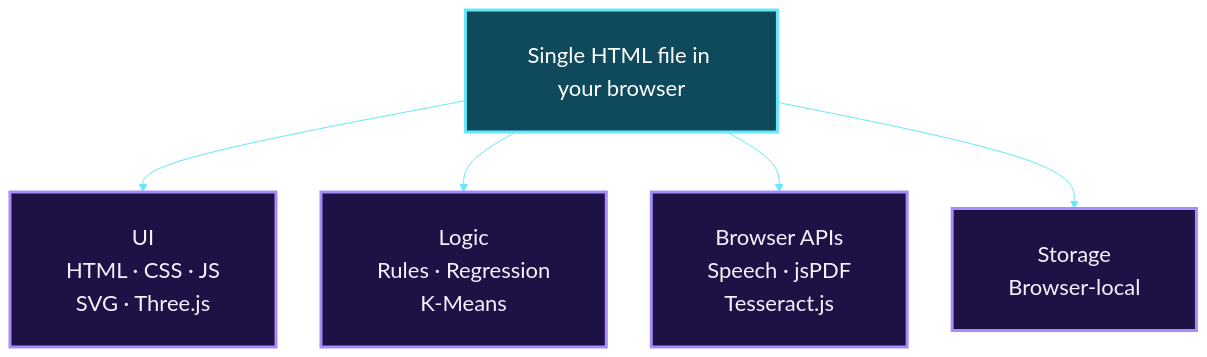
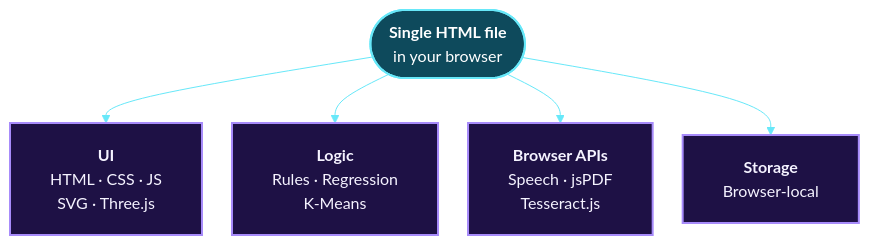
One commit to Mansi232323/MANSHORA changed diagram 12 of 13 in README.md. Above: the diagram before and after it, drawn with Mermaid. The commit also changed other lines of this file, not shown here.

````diff
--- a/README.md
+++ b/README.md
@@ -489,13 +470,13 @@
 ```mermaid
-%%{init: {'theme':'base','themeVariables':{'fontSize':'22px','fontFamily':'Arial, Helvetica, sans-serif','lineColor':'#67e8f9','clusterBkg':'#0f0f2b','clusterBorder':'#a78bfa','titleColor':'#e9d5ff','edgeLabelBackground':'#0f0f2b'},'flowchart':{'nodeSpacing':45,'rankSpacing':60,'padding':28,'htmlLabels':false,'useMaxWidth':true}}}%%
+%%{init: {'theme':'base','themeVariables':{'fontSize':'16px','fontFamily':'Arial, Helvetica, sans-serif','lineColor':'#67e8f9'},'flowchart':{'htmlLabels':true,'nodeSpacing':30,'rankSpacing':45,'padding':20,'wrappingWidth':260}}}%%
 flowchart TB
-    B["Single HTML file in your browser"]
-    B --> U["UI<br/>HTML · CSS · JS<br/>SVG · Three.js"]
-    B --> L["Logic<br/>Rules · Regression<br/>K-Means"]
-    B --> A["Browser APIs<br/>Speech · jsPDF<br/>Tesseract.js"]
-    B --> S["Storage<br/>Browser-local"]
-    classDef core fill:#0e4a5c,stroke:#67e8f9,stroke-width:3px,color:#ffffff
-    classDef n fill:#1e1145,stroke:#a78bfa,stroke-width:3px,color:#f5f3ff
+    B(["<b>Single HTML file</b><br/>in your browser"])
+    B --> U["<b>UI</b><br/>HTML · CSS · JS<br/>SVG · Three.js"]
+    B --> L["<b>Logic</b><br/>Rules · Regression<br/>K-Means"]
+    B --> A["<b>Browser APIs</b><br/>Speech · jsPDF<br/>Tesseract.js"]
+    B --> S["<b>Storage</b><br/>Browser-local"]
+    classDef core fill:#0e4a5c,stroke:#67e8f9,stroke-width:2px,color:#ffffff
+    classDef n fill:#1e1145,stroke:#a78bfa,stroke-width:2px,color:#f5f3ff
     class B core
     class U,L,A,S n
 ```
````
